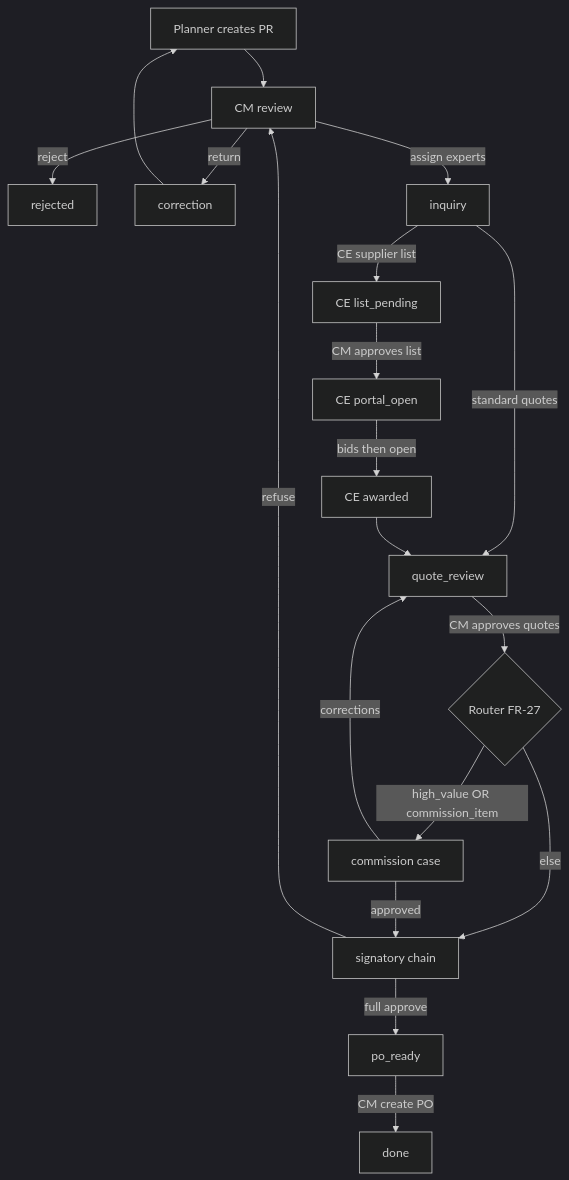
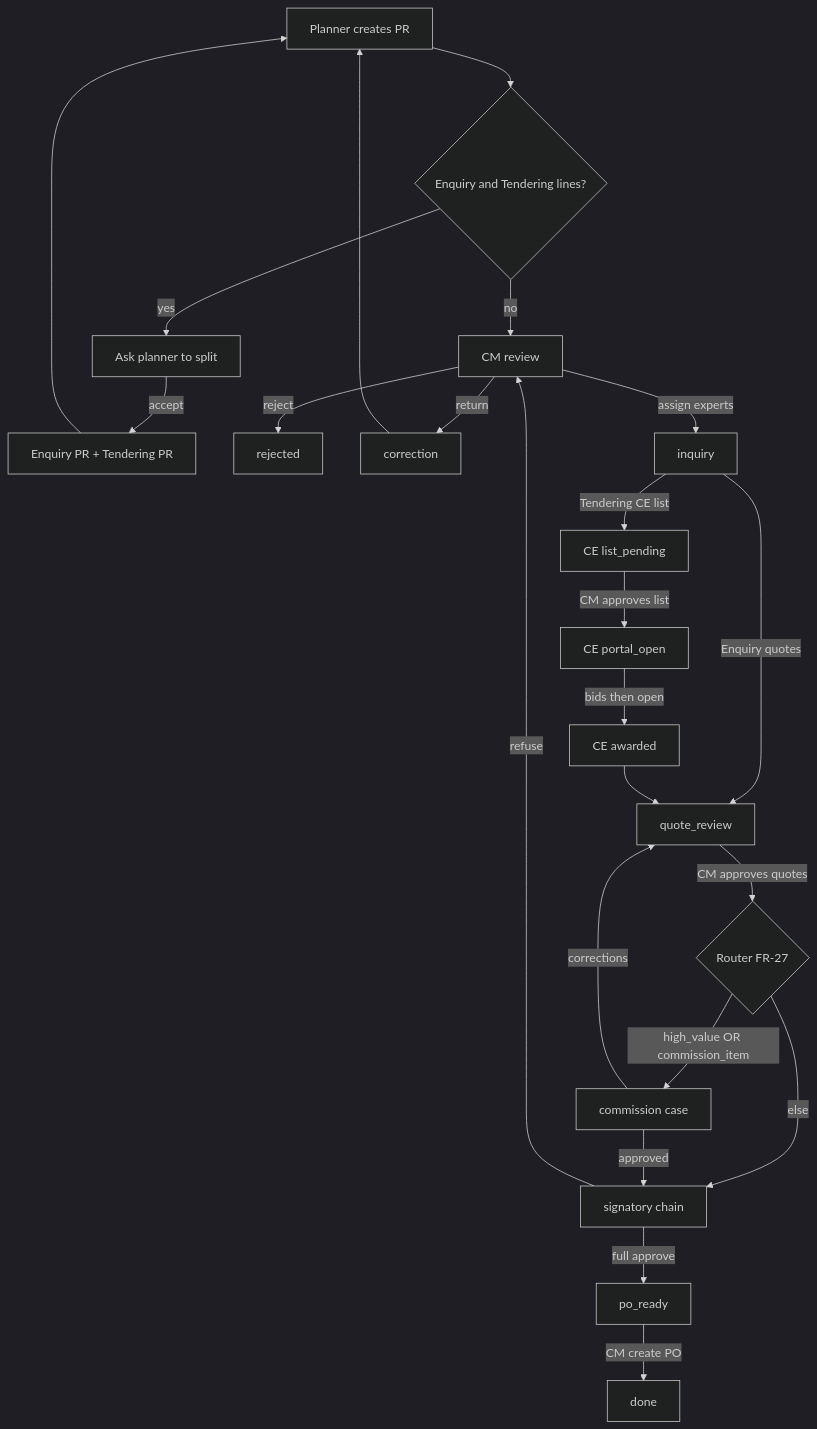
One commit to MohamadAzarifar/odoo-18-mammut changed the second of 2 diagrams in odoo/addons-mammut/zvy_tendering/Architecture.md. Above: the diagram before and after it, drawn with Mermaid (dark theme). The commit also changed other lines of this file and 25 other files, not shown here.

Commit message:
[mammut][tendering]: types of product: enquery, tendering and split PR.

````diff
--- a/odoo/addons-mammut/zvy_tendering/Architecture.md
+++ b/odoo/addons-mammut/zvy_tendering/Architecture.md
@@ -320,21 +329,26 @@
 ```mermaid
 flowchart TD
-    PlannerCreate[Planner creates PR] --> CMReview[CM review]
+    PlannerCreate[Planner creates PR]
+    PlannerCreate --> Mixed{Enquiry and Tendering lines?}
+    Mixed -->|yes| SplitAsk[Ask planner to split]
+    SplitAsk -->|accept| TwoPRs[Enquiry PR + Tendering PR]
+    TwoPRs --> PlannerCreate
+    Mixed -->|no| CMReview[CM review]
     CMReview -->|reject| Rejected[rejected]
     CMReview -->|return| Correction[correction]
     Correction --> PlannerCreate
     CMReview -->|assign experts| Inquiry[inquiry]
-    Inquiry -->|standard quotes| QuoteReview[quote_review]
-    Inquiry -->|CE supplier list| CEList[CE list_pending]
+    Inquiry -->|Enquiry quotes| QuoteReview[quote_review]
+    Inquiry -->|Tendering CE list| CEList[CE list_pending]
     CEList -->|CM approves list| PortalOpen[CE portal_open]
     PortalOpen -->|bids then open| Award[CE awarded]
     Award --> QuoteReview
     QuoteReview -->|CM approves quotes| Router{Router FR-27}
     Router -->|high_value OR commission_item| Commission[commission case]
     Router -->|else| Signatory[signatory chain]
     Commission -->|approved| Signatory
     Commission -->|corrections| QuoteReview
     Signatory -->|full approve| PoReady[po_ready]
     Signatory -->|refuse| CMReview
     PoReady -->|CM create PO| Done[done]
 ```
````
